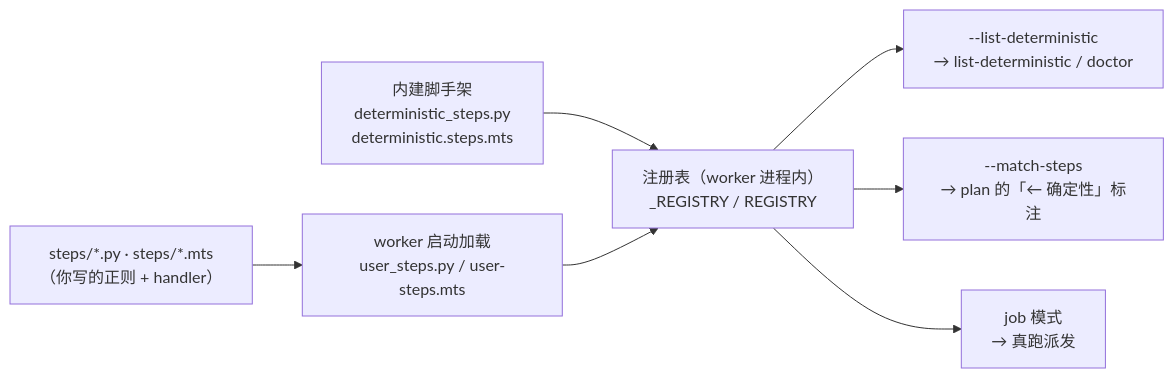
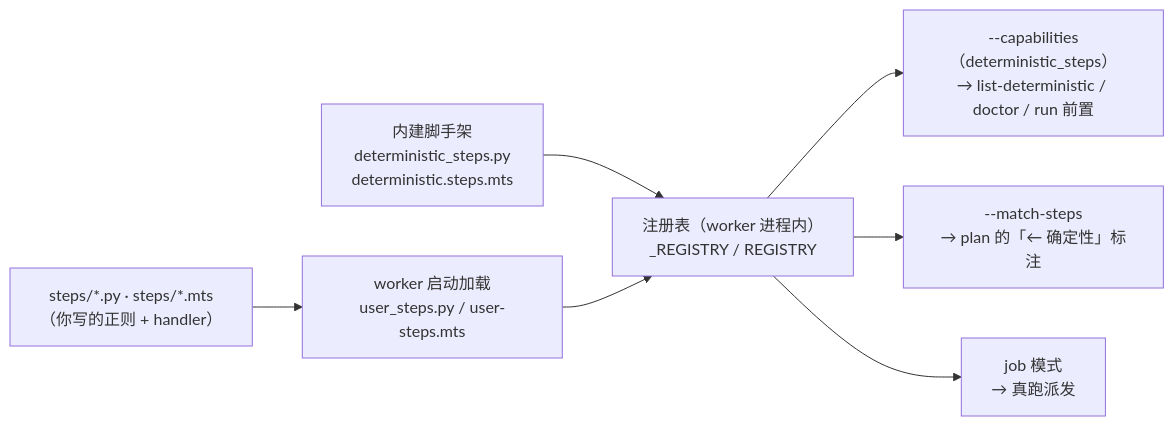
Before and after one commit to zhiyanliu/gherkai: the diagram in docs/guides/deterministic-step-lifecycle.md, drawn with Mermaid. The commit also changed other lines of this file and 12 other files, not shown here.

````diff
--- a/docs/guides/deterministic-step-lifecycle.md
+++ b/docs/guides/deterministic-step-lifecycle.md
@@ -18,9 +18,9 @@
 ```mermaid
 flowchart LR
     A["steps/*.py · steps/*.mts<br/>（你写的正则 + handler）"] --> L["worker 启动加载<br/>user_steps.py / user-steps.mts"]
     B["内建脚手架<br/>deterministic_steps.py<br/>deterministic.steps.mts"] --> R
     L --> R["注册表（worker 进程内）<br/>_REGISTRY / REGISTRY"]
-    R --> Q1["--list-deterministic<br/>→ list-deterministic / doctor"]
+    R --> Q1["--capabilities（deterministic_steps）<br/>→ list-deterministic / doctor / run 前置"]
     R --> Q2["--match-steps<br/>→ plan 的「← 确定性」标注"]
     R --> Q3["job 模式<br/>→ 真跑派发"]
 ```
````
